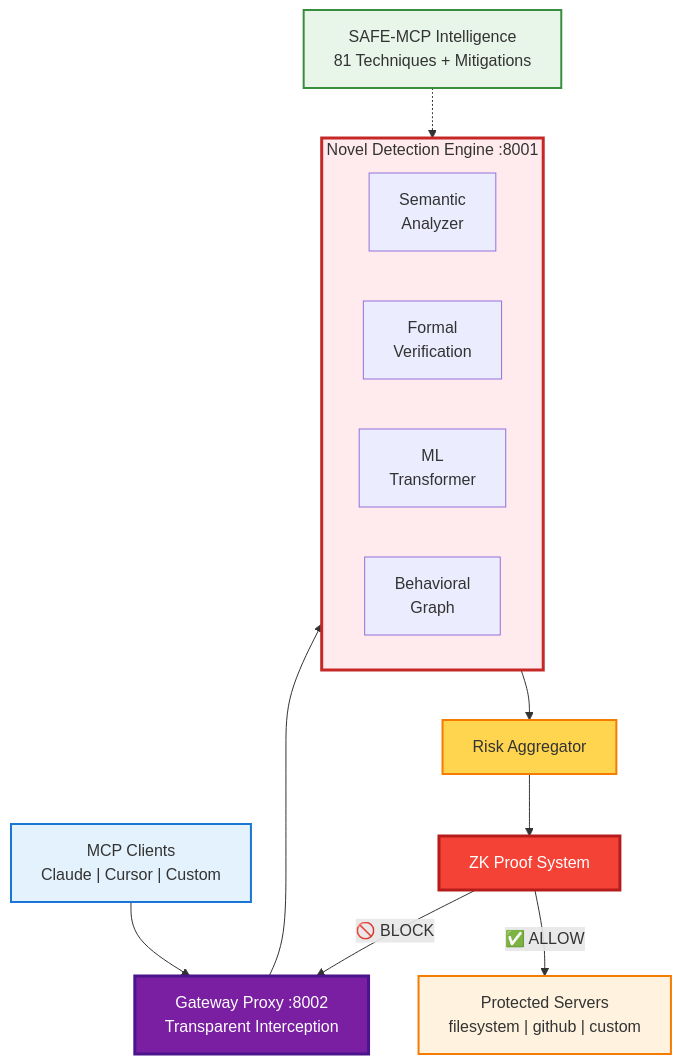
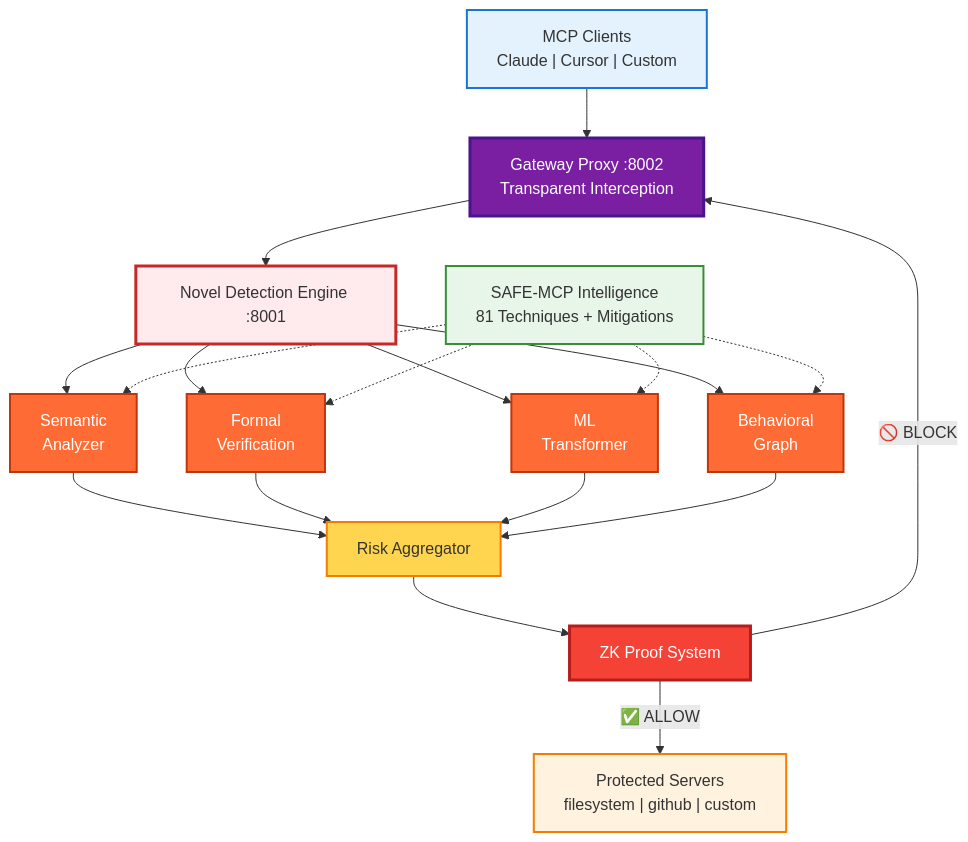
The first of 4 diagrams in README.md (safe-mcp-platform/safe-mcp-platform), drawn with Mermaid before and after one commit.

Commit message:
fix: prevent text overlap in system overview diagram

````diff
--- a/README.md
+++ b/README.md
@@ -45,37 +45,50 @@
 ```mermaid
 flowchart TB
     CLIENTS["MCP Clients<br/>Claude | Cursor | Custom"]
     
     GATEWAY["Gateway Proxy :8002<br/>Transparent Interception"]
     
-    subgraph ENGINE["Novel Detection Engine :8001"]
-        direction LR
-        CH1["Semantic<br/>Analyzer"]
-        CH2["Formal<br/>Verification"]
-        CH3["ML<br/>Transformer"]
-        CH4["Behavioral<br/>Graph"]
-    end
+    ENGINE_LABEL["Novel Detection Engine :8001"]
+    
+    CH1["Semantic<br/>Analyzer"]
+    CH2["Formal<br/>Verification"]
+    CH3["ML<br/>Transformer"]
+    CH4["Behavioral<br/>Graph"]
     
     AGG["Risk Aggregator"]
     ZK["ZK Proof System"]
     
     INTEL["SAFE-MCP Intelligence<br/>81 Techniques + Mitigations"]
     
     SERVERS["Protected Servers<br/>filesystem | github | custom"]
     
     CLIENTS --> GATEWAY
-    GATEWAY --> ENGINE
-    ENGINE --> AGG
+    GATEWAY --> ENGINE_LABEL
+    ENGINE_LABEL --> CH1
+    ENGINE_LABEL --> CH2
+    ENGINE_LABEL --> CH3
+    ENGINE_LABEL --> CH4
+    CH1 --> AGG
+    CH2 --> AGG
+    CH3 --> AGG
+    CH4 --> AGG
     AGG --> ZK
-    INTEL -.-> ENGINE
+    INTEL -.-> CH1
+    INTEL -.-> CH2
+    INTEL -.-> CH3
+    INTEL -.-> CH4
     ZK -->|"✅ ALLOW"| SERVERS
     ZK -->|"🚫 BLOCK"| GATEWAY
     
     style CLIENTS fill:#e3f2fd,stroke:#1976d2,stroke-width:2px
     style GATEWAY fill:#7b1fa2,color:#fff,stroke:#4a148c,stroke-width:3px
-    style ENGINE fill:#ffebee,stroke:#c62828,stroke-width:3px
+    style ENGINE_LABEL fill:#ffebee,stroke:#c62828,stroke-width:3px
+    style CH1 fill:#ff6b35,color:#fff,stroke:#bf360c,stroke-width:2px
+    style CH2 fill:#ff6b35,color:#fff,stroke:#bf360c,stroke-width:2px
+    style CH3 fill:#ff6b35,color:#fff,stroke:#bf360c,stroke-width:2px
+    style CH4 fill:#ff6b35,color:#fff,stroke:#bf360c,stroke-width:2px
     style AGG fill:#ffd54f,stroke:#f57c00,stroke-width:2px
     style ZK fill:#f44336,color:#fff,stroke:#b71c1c,stroke-width:3px
     style INTEL fill:#e8f5e9,stroke:#388e3c,stroke-width:2px
     style SERVERS fill:#fff3e0,stroke:#f57c00,stroke-width:2px
 ```
````
